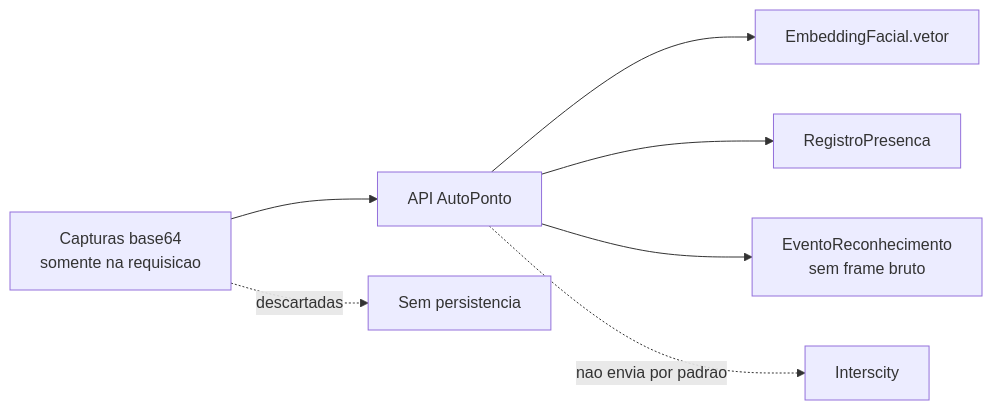
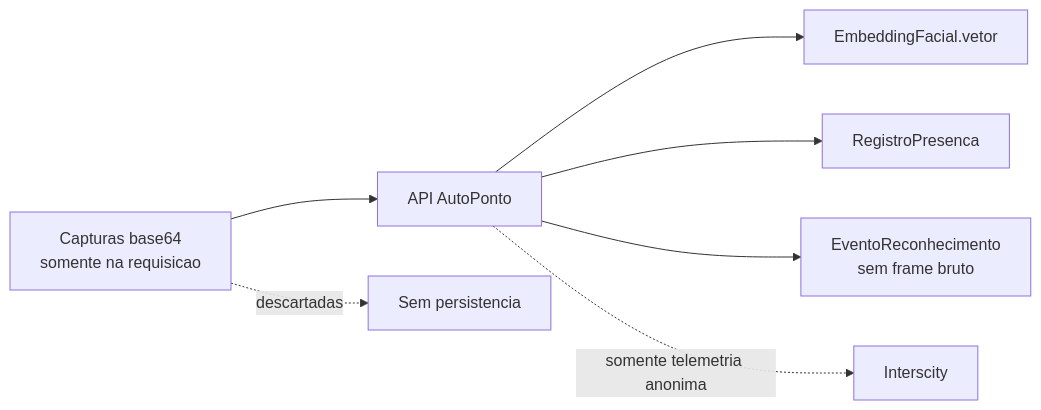
Before and after one commit to DanielKGM/autoponto: diagram 11 of 11 in autoponto-backend/docs/diagramas-tcc.md, drawn with Mermaid. The commit also changed other lines of this file and 42 other files, not shown here.

````diff
--- a/autoponto-backend/docs/diagramas-tcc.md
+++ b/autoponto-backend/docs/diagramas-tcc.md
@@ -304,9 +206,9 @@
 ```mermaid
 flowchart LR
     Capturas["Capturas base64\nsomente na requisicao"] --> API["API AutoPonto"]
     API --> Vetor["EmbeddingFacial.vetor"]
     API --> Presenca["RegistroPresenca"]
     API --> Evento["EventoReconhecimento\nsem frame bruto"]
-    API -. "nao envia por padrao" .-> InterSCity["Interscity"]
+    API -. "somente telemetria anonima" .-> IC["Interscity"]
     Capturas -. "descartadas" .-> Descarte["Sem persistencia"]
 ```
````
